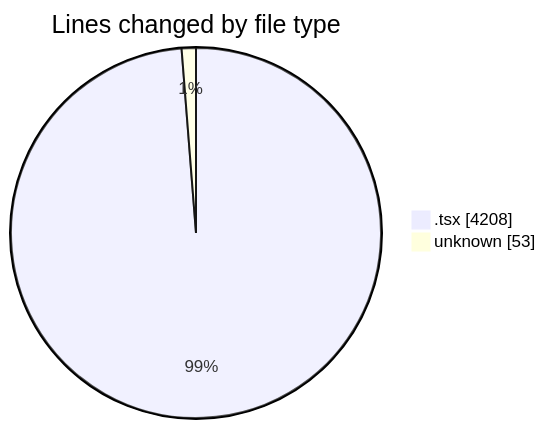
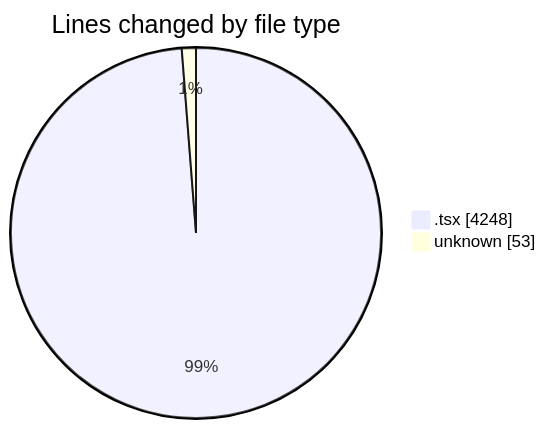
One commit to JenPaints/code-tracking changed the first of 2 diagrams in 2025-05-29/kimberly-groups/README.md. Above: the diagram before and after it, drawn with Mermaid. The commit also changed other lines of this file and 1 other file, not shown here.

````diff
--- a/2025-05-29/kimberly-groups/README.md
+++ b/2025-05-29/kimberly-groups/README.md
@@ -29,6 +30,6 @@
 ```mermaid
 pie showData
 title Lines changed by file type
-".tsx" : 4208
+".tsx" : 4248
 "unknown" : 53
 ```
````
